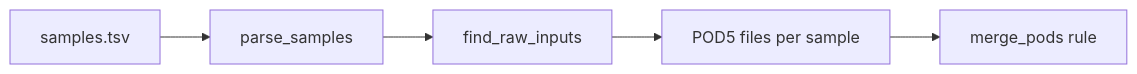
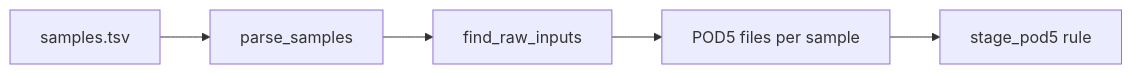
One commit to rnabioco/aa-tRNA-seq-pipeline changed the second of 3 diagrams in docs/user-guide/samples-format.md. Above: the diagram before and after it, drawn with Mermaid. The commit also changed other lines of this file and 27 other files, not shown here.

````diff
--- a/docs/user-guide/samples-format.md
+++ b/docs/user-guide/samples-format.md
@@ -143,7 +143,7 @@
 ```mermaid
 flowchart LR
     A[samples.tsv] --> B[parse_samples]
     B --> C[find_raw_inputs]
     C --> D[POD5 files per sample]
-    D --> E[merge_pods rule]
+    D --> E[stage_pod5 rule]
 ```
````
